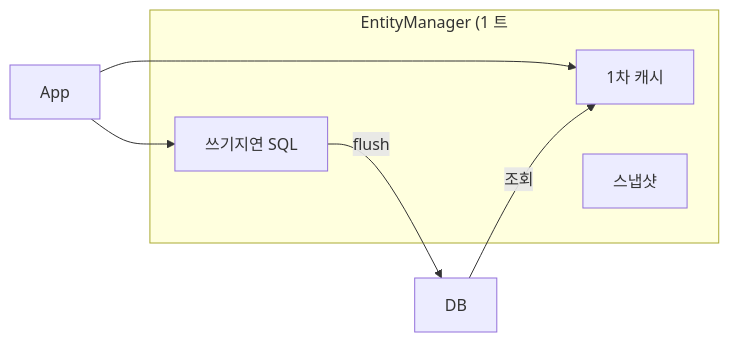
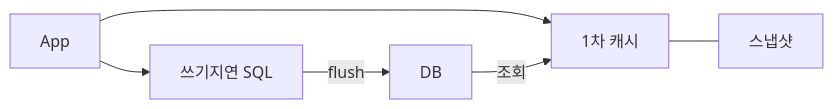
Before and after one commit to yjkim2015/yjkim2015.github.io: the third of 10 diagrams in _posts/jpa/2026-05-01-jpa-fundamentals.md, drawn with Mermaid. The commit also changed other lines of this file and 155 other files, not shown here.

First line of the commit message:
Mermaid 전면 수정: subgraph 제거, participant/노드/줄수 축소 (342블록)

````diff
--- a/_posts/jpa/2026-05-01-jpa-fundamentals.md
+++ b/_posts/jpa/2026-05-01-jpa-fundamentals.md
@@ -85,11 +85,8 @@
 ```mermaid
 graph LR
-    APP["App"] --> PC1["1차 캐시"] & PC2["쓰기지연 SQL"]
-    subgraph EM["EntityManager (1 트"]
-        PC1
-        PC2
-        SNAP["스냅샷"]
-    end
+    APP["App"] --> PC1["1차 캐시"]
+    APP --> PC2["쓰기지연 SQL"]
+    PC1 --- SNAP["스냅샷"]
     PC2 -->|flush| DB["DB"]
     DB -->|조회| PC1
 ```
````
